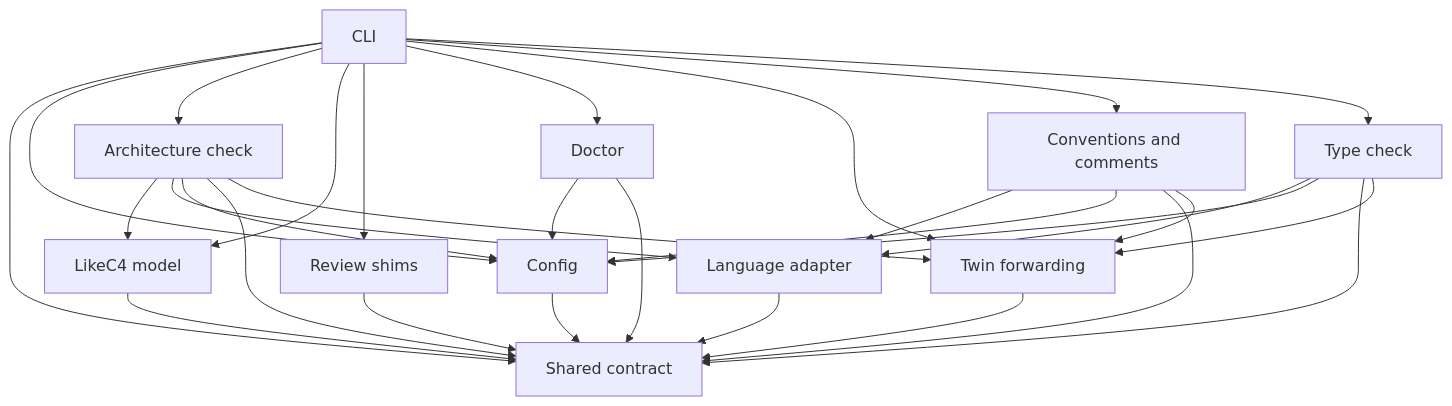
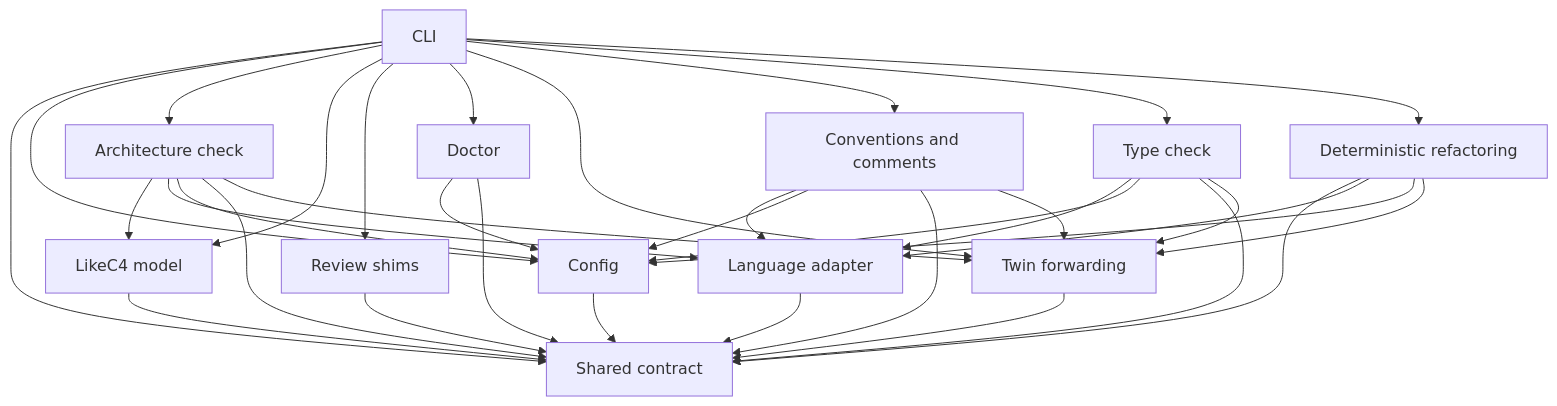
Before and after one commit to MotleyAI/living-architecture: the second of 2 diagrams in architecture/system.arc42.md, drawn with Mermaid. The commit also changed other lines of this file and 12 other files, not shown here.

````diff
--- a/architecture/system.arc42.md
+++ b/architecture/system.arc42.md
@@ -62,44 +64,50 @@
 ```mermaid
 flowchart TD
   %% npm: npm twin
   contract["Shared contract"]
   config["Config"]
   cli["CLI"]
   c4["LikeC4 model"]
   archcheck["Architecture check"]
   lang["Language adapter"]
   review["Review shims"]
   doctor["Doctor"]
   twin["Twin forwarding"]
   conventions["Conventions and comments"]
   typecheck["Type check"]
+  refactor["Deterministic refactoring"]
   cli --> contract
   cli --> config
   cli --> archcheck
   cli --> c4
   cli --> review
   cli --> doctor
   cli --> twin
   archcheck --> c4
   archcheck --> lang
   archcheck --> config
   archcheck --> contract
   archcheck --> twin
   lang --> contract
   c4 --> contract
   config --> contract
   review --> contract
   doctor --> config
   doctor --> contract
   twin --> contract
   cli --> conventions
   cli --> typecheck
   conventions --> lang
   conventions --> config
   conventions --> contract
   conventions --> twin
   typecheck --> lang
   typecheck --> config
   typecheck --> contract
   typecheck --> twin
+  cli --> refactor
+  refactor --> contract
+  refactor --> lang
+  refactor --> config
+  refactor --> twin
 ```
````
